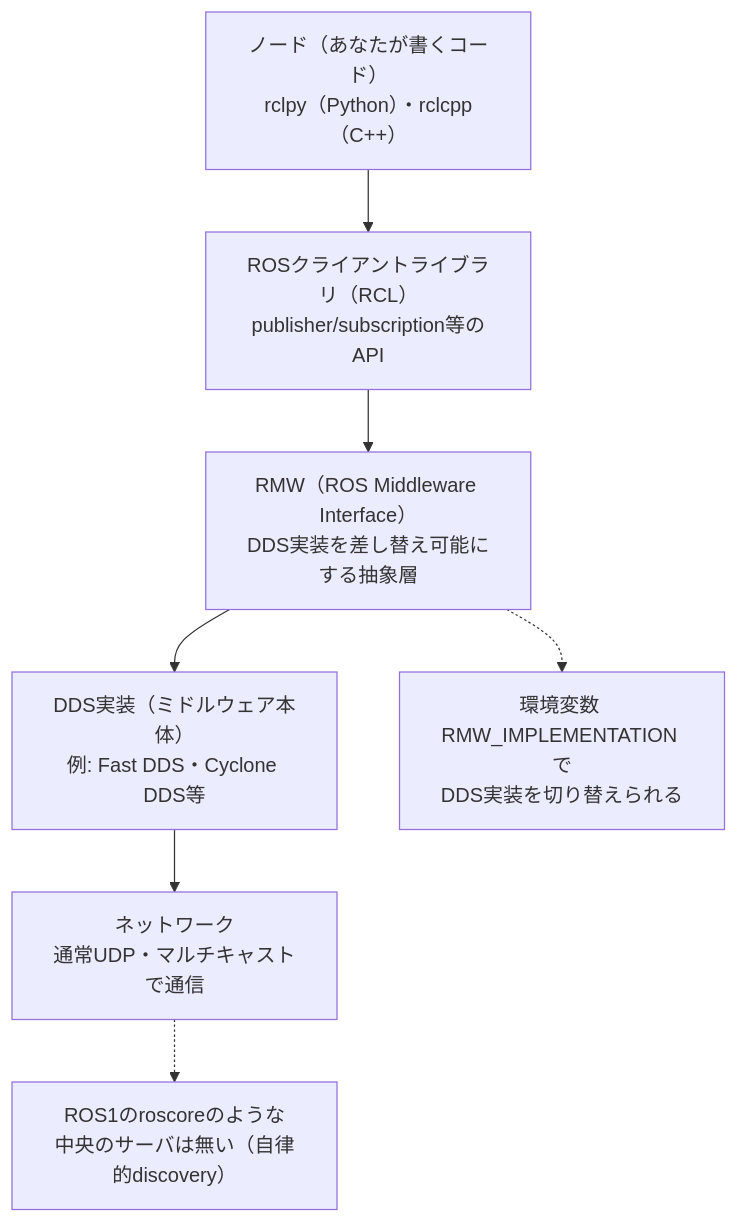
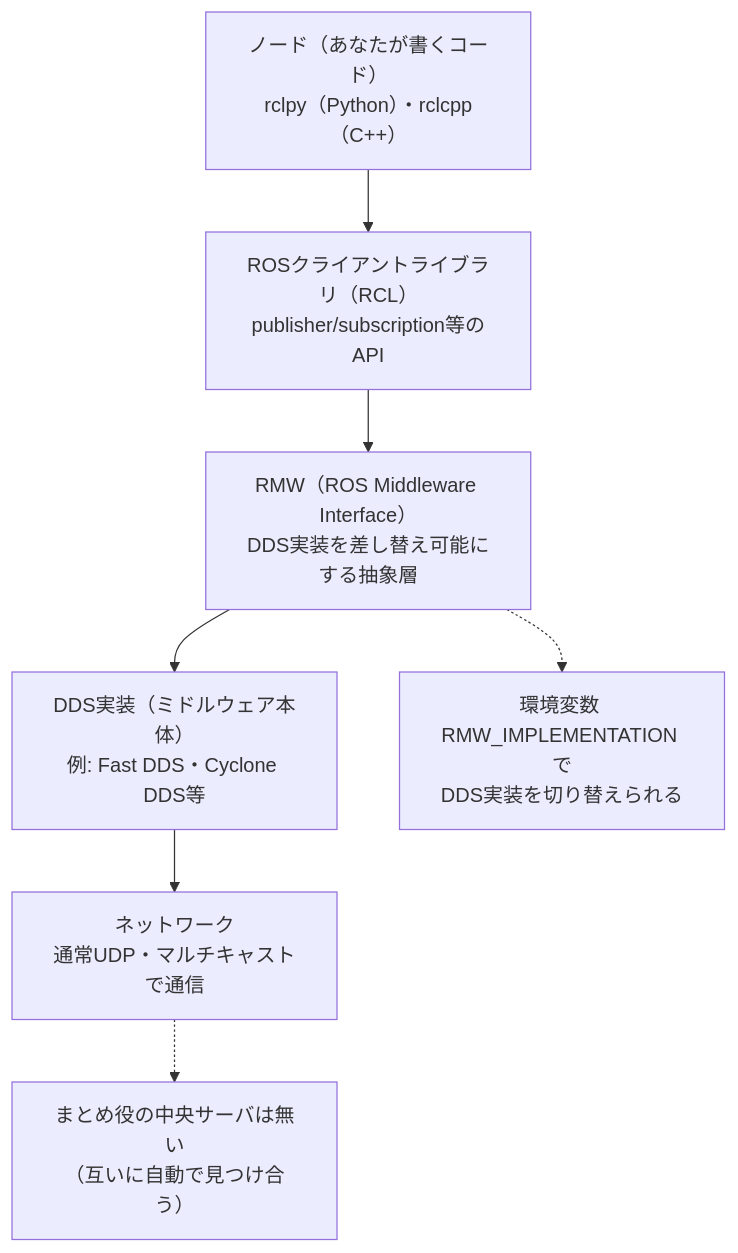
Before and after one commit to SanghunIm1991/ros2MinimalPhysicalAi: the diagram in docs/phase0_overview.md, drawn with Mermaid. The commit also changed other lines of this file and 6 other files, not shown here.

````diff
--- a/docs/phase0_overview.md
+++ b/docs/phase0_overview.md
@@ -40,9 +40,9 @@
 ```mermaid
 flowchart TB
     A["ノード（あなたが書くコード）<br/>rclpy（Python）・rclcpp（C++）"] --> B["ROSクライアントライブラリ（RCL）<br/>publisher/subscription等のAPI"]
     B --> C["RMW（ROS Middleware Interface）<br/>DDS実装を差し替え可能にする抽象層"]
     C --> D["DDS実装（ミドルウェア本体）<br/>例: Fast DDS・Cyclone DDS等"]
     D --> E["ネットワーク<br/>通常UDP・マルチキャストで通信"]
     C -.-> F["環境変数 RMW_IMPLEMENTATION で<br/>DDS実装を切り替えられる"]
-    E -.-> G["ROS1のroscoreのような<br/>中央のサーバは無い（自律的discovery）"]
+    E -.-> G["まとめ役の中央サーバは無い<br/>（互いに自動で見つけ合う）"]
 ```
````
